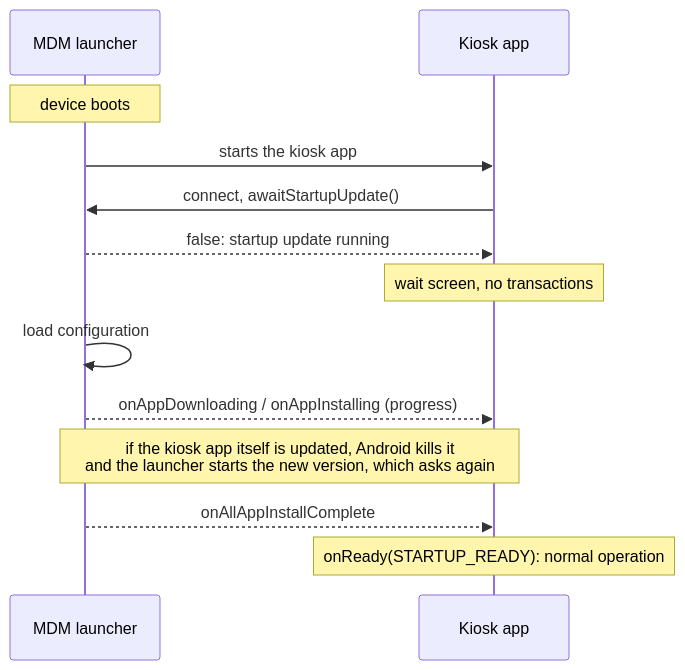
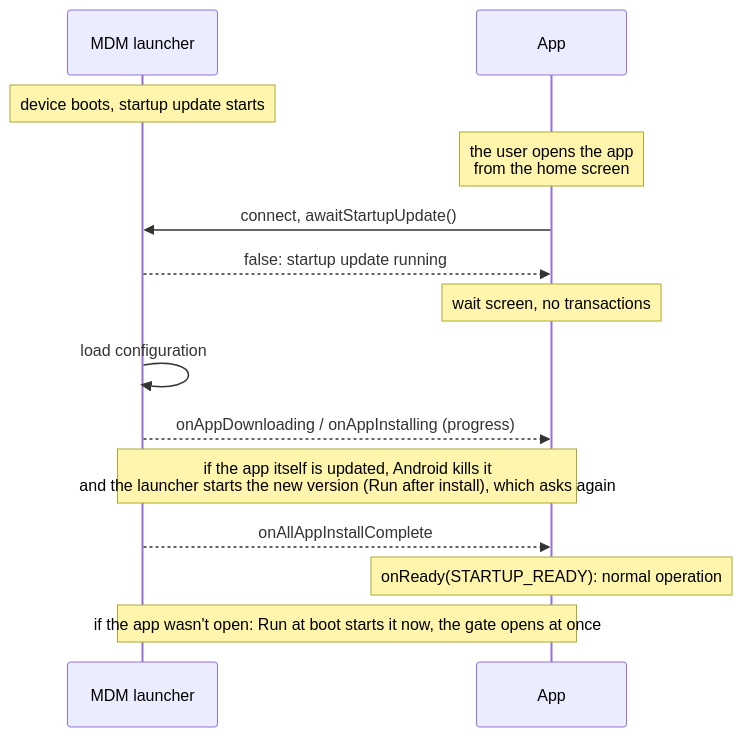
Before and after one commit to rch-fw/HmdmChangeDeviceNumber: the diagram in docs/startup-sync.md, drawn with Mermaid. The commit also changed other lines of this file and 1 other file, not shown here.

First line of the commit message:
Docs: Ingenico terminals are not in kiosk mode

````diff
--- a/docs/startup-sync.md
+++ b/docs/startup-sync.md
@@ -15,15 +17,16 @@
 ```mermaid
 sequenceDiagram
     participant L as MDM launcher
-    participant A as Kiosk app
-    Note over L: device boots
-    L->>A: starts the kiosk app
+    participant A as App
+    Note over L: device boots, startup update starts
+    Note over A: the user opens the app<br/>from the home screen
     A->>L: connect, awaitStartupUpdate()
     L-->>A: false: startup update running
     Note over A: wait screen, no transactions
     L->>L: load configuration
     L-->>A: onAppDownloading / onAppInstalling (progress)
-    Note over L,A: if the kiosk app itself is updated, Android kills it<br/>and the launcher starts the new version, which asks again
+    Note over L,A: if the app itself is updated, Android kills it<br/>and the launcher starts the new version (Run after install), which asks again
     L-->>A: onAllAppInstallComplete
     Note over A: onReady(STARTUP_READY): normal operation
+    Note over L,A: if the app wasn't open: Run at boot starts it now, the gate opens at once
 ```
````
